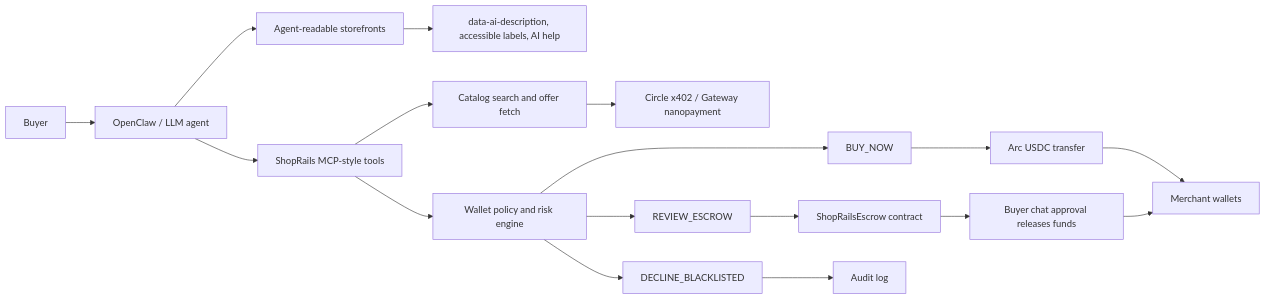
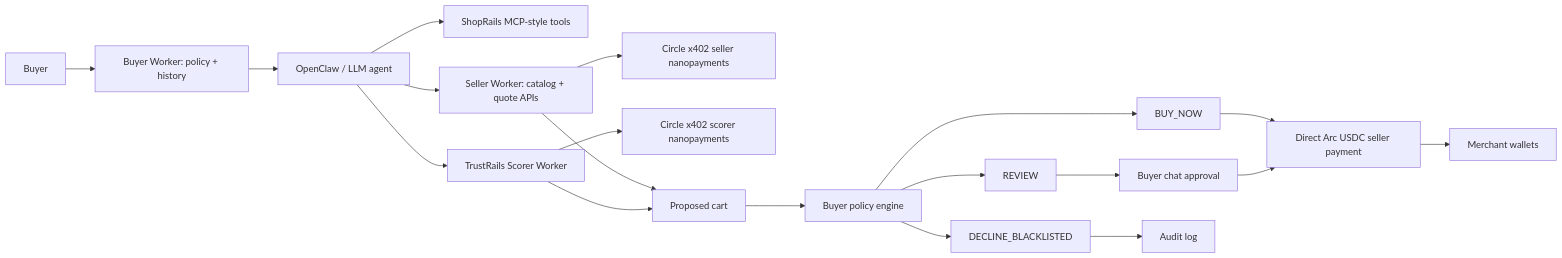
Before and after one commit to kirilligum/shoprails-hackathon-Agentic-Economy-on-Arc-2026-04: the diagram in README.md, drawn with Mermaid. The commit also changed other lines of this file and 20 other files, not shown here.

Commit message:
Add distributed scorer worker architecture

````diff
--- a/README.md
+++ b/README.md
@@ -52,19 +59,21 @@
 ```mermaid
 flowchart LR
-  Buyer["Buyer"] --> Agent["OpenClaw / LLM agent"]
+  Buyer["Buyer"] --> BuyerServer["Buyer Worker: policy + history"]
+  BuyerServer --> Agent["OpenClaw / LLM agent"]
   Agent --> Tools["ShopRails MCP-style tools"]
-  Agent --> Browser["Agent-readable storefronts"]
-  Browser --> Metadata["data-ai-description, accessible labels, AI help"]
-  Tools --> Catalog["Catalog search and offer fetch"]
-  Catalog --> X402["Circle x402 / Gateway nanopayment"]
-  Tools --> Policy["Wallet policy and risk engine"]
+  Agent --> SellerWorker["Seller Worker: catalog + quote APIs"]
+  SellerWorker --> X402Seller["Circle x402 seller nanopayments"]
+  Agent --> ScorerWorker["TrustRails Scorer Worker"]
+  ScorerWorker --> X402Score["Circle x402 scorer nanopayments"]
+  SellerWorker --> Cart["Proposed cart"]
+  ScorerWorker --> Cart
+  Cart --> Policy["Buyer policy engine"]
   Policy --> BuyNow["BUY_NOW"]
-  Policy --> Review["REVIEW_ESCROW"]
+  Policy --> Review["REVIEW"]
   Policy --> Decline["DECLINE_BLACKLISTED"]
-  BuyNow --> ArcPay["Arc USDC transfer"]
-  Review --> Escrow["ShopRailsEscrow contract"]
-  Escrow --> Release["Buyer chat approval releases funds"]
+  Review --> Approval["Buyer chat approval"]
+  BuyNow --> ArcPay["Direct Arc USDC seller payment"]
+  Approval --> ArcPay
   ArcPay --> Sellers["Merchant wallets"]
-  Release --> Sellers
   Decline --> Audit["Audit log"]
 ```
````
